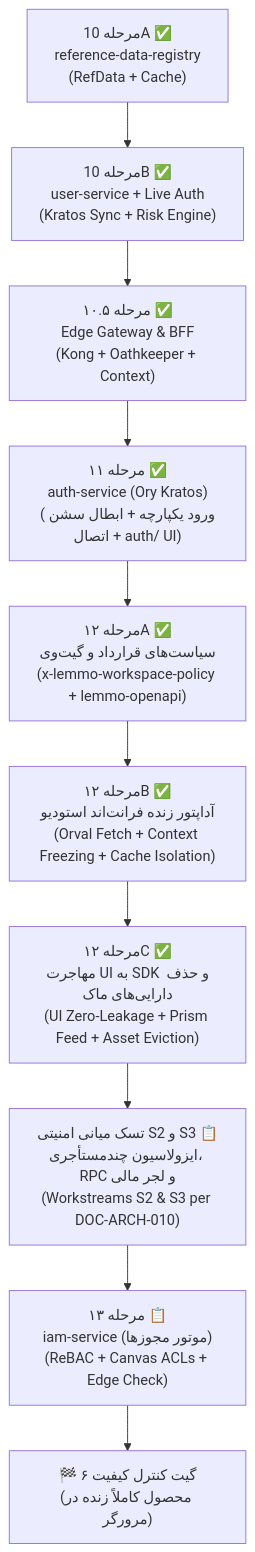
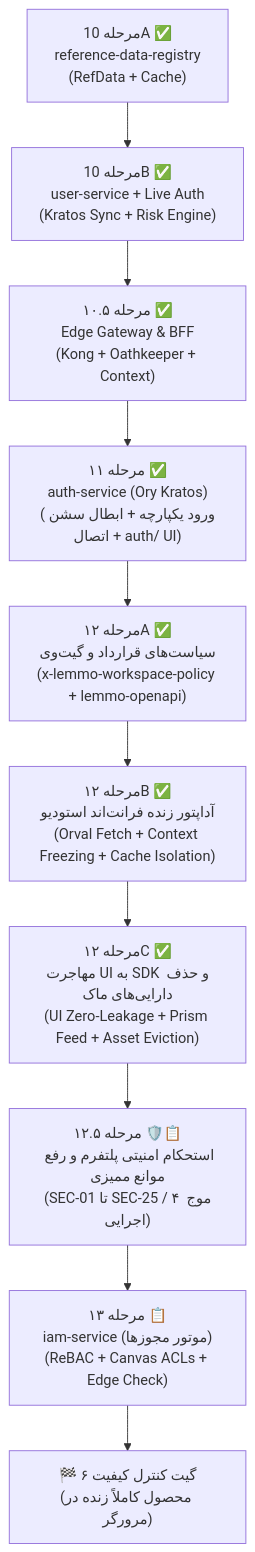
Before and after one commit to itstalentnet/dotdive: the second of 3 diagrams in docs/lemmo/03-backend/roadmap.md, drawn with Mermaid. The commit also changed other lines of this file and 2 other files, not shown here.

Commit message:
docs(security): document Oct 6 re-audit findings (SEC-01..SEC-25) and establish Stage 12.5 in roadmap

````diff
--- a/docs/lemmo/03-backend/roadmap.md
+++ b/docs/lemmo/03-backend/roadmap.md
@@ -121,12 +121,12 @@
 ```mermaid
 flowchart TD
     S10A["مرحله 10A ✅<br>reference-data-registry<br>(RefData + Cache)"] --> S10B["مرحله 10B ✅<br>user-service + Live Auth<br>(Kratos Sync + Risk Engine)"]
     S10B --> S105["مرحله ۱۰.۵ ✅<br>Edge Gateway & BFF<br>(Kong + Oathkeeper + Context)"]
     S105 --> S11["مرحله ۱۱ ✅<br>auth-service (Ory Kratos)<br>(ورود یکپارچه + ابطال سشن + اتصال auth/ UI)"]
     S11 --> S12A["مرحله ۱۲A ✅<br>سیاست‌های قرارداد و گیت‌وی<br>(x-lemmo-workspace-policy + lemmo-openapi)"]
     S12A --> S12B["مرحله ۱۲B ✅<br>آداپتور زنده فرانت‌اند استودیو<br>(Orval Fetch + Context Freezing + Cache Isolation)"]
     S12B --> S12C["مرحله ۱۲C ✅<br>مهاجرت UI به SDK و حذف دارایی‌های ماک<br>(UI Zero-Leakage + Prism Feed + Asset Eviction)"]
-    S12C --> S_SEC["تسک میانی امنیتی S2 و S3 📋<br>ایزولاسیون چندمستأجری، RPC و لجر مالی<br>(Workstreams S2 & S3 per DOC-ARCH-010)"]
-    S_SEC --> S13["مرحله ۱۳ 📋<br>iam-service (موتور مجوزها)<br>(ReBAC + Canvas ACLs + Edge Check)"]
+    S12C --> S125["مرحله ۱۲.۵ 🛡️📋<br>استحکام امنیتی پلتفرم و رفع موانع ممیزی<br>(SEC-01 تا SEC-25 / ۴ موج اجرایی)"]
+    S125 --> S13["مرحله ۱۳ 📋<br>iam-service (موتور مجوزها)<br>(ReBAC + Canvas ACLs + Edge Check)"]
     S13 --> Gate6["🏁 گیت کنترل کیفیت ۶<br>(محصول کاملاً زنده در مرورگر)"]
 ```
````
